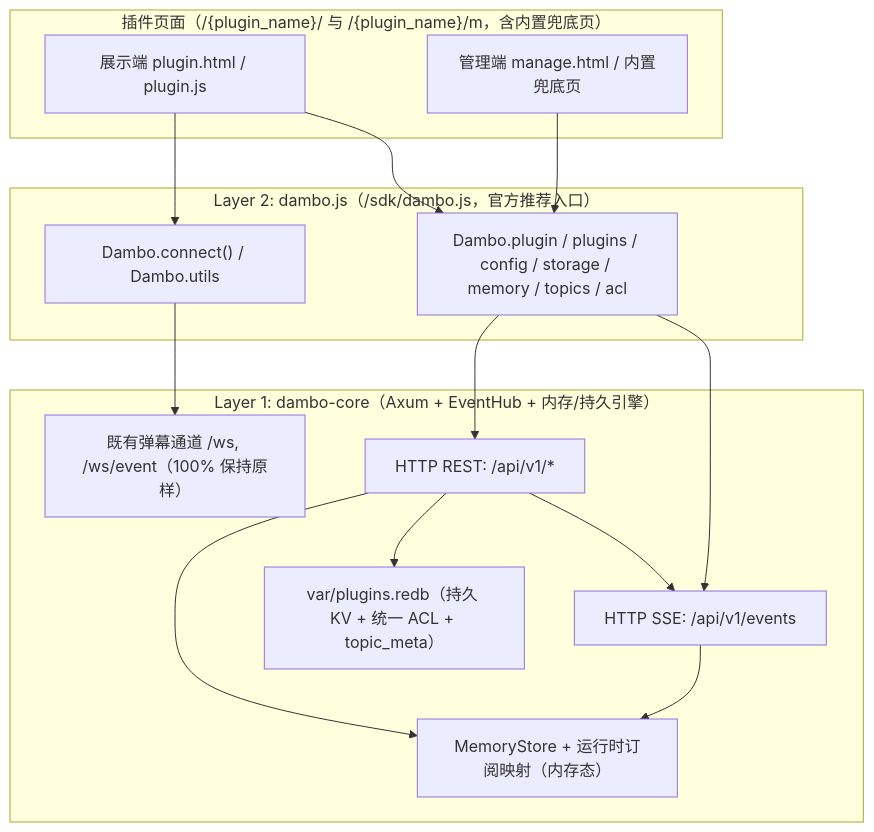
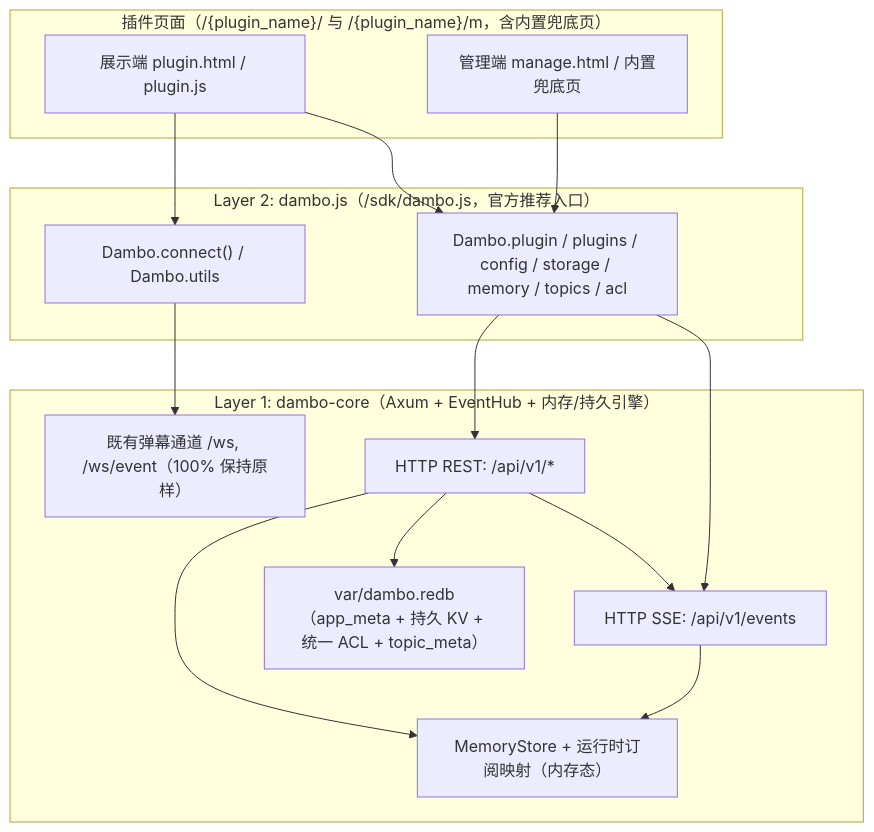
Before and after one commit to shavac/dambo: the first of 2 diagrams in docs/PLUGIN_API_DESIGN.md, drawn with Mermaid. The commit also changed other lines of this file and 39 other files, not shown here.

````diff
--- a/docs/PLUGIN_API_DESIGN.md
+++ b/docs/PLUGIN_API_DESIGN.md
@@ -171,33 +171,33 @@
 ```mermaid
 flowchart TB
     subgraph Pages["插件页面（/{plugin_name}/ 与 /{plugin_name}/m，含内置兜底页）"]
         View["展示端 plugin.html / plugin.js"]
         Manage["管理端 manage.html / 内置兜底页"]
     end
 
     subgraph Layer2["Layer 2: dambo.js（/sdk/dambo.js，官方推荐入口）"]
         L2Danmaku["Dambo.connect() / Dambo.utils"]
         L2Platform["Dambo.plugin / plugins / config / storage / memory / topics / acl"]
     end
 
     subgraph Layer1["Layer 1: dambo-core（Axum + EventHub + 内存/持久引擎）"]
         WS["既有弹幕通道 /ws, /ws/event（100% 保持原样）"]
         REST["HTTP REST: /api/v1/*"]
         SSE["HTTP SSE: /api/v1/events"]
         Mem["MemoryStore + 运行时订阅映射（内存态）"]
-        Disk["var/plugins.redb（持久 KV + 统一 ACL + topic_meta）"]
+        Disk["var/dambo.redb（app_meta + 持久 KV + 统一 ACL + topic_meta）"]
     end
 
     View --> L2Danmaku
     View --> L2Platform
     Manage --> L2Platform
 
     L2Danmaku --> WS
     L2Platform --> REST
     L2Platform --> SSE
 
     REST --> Mem
     REST --> Disk
     REST --> SSE
     SSE --> Mem
 ```
````
